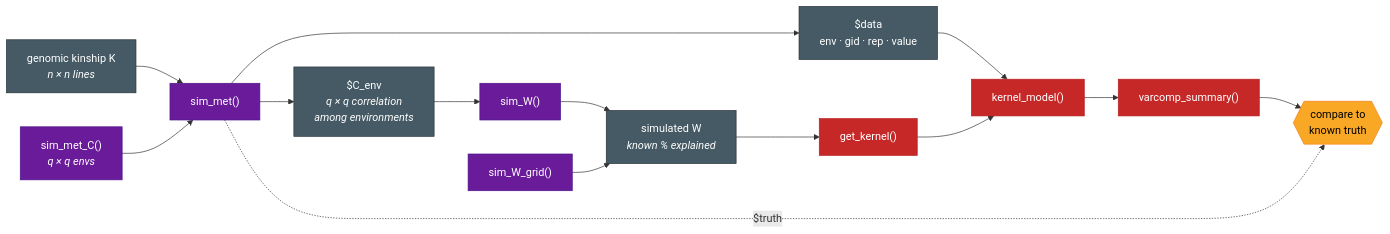
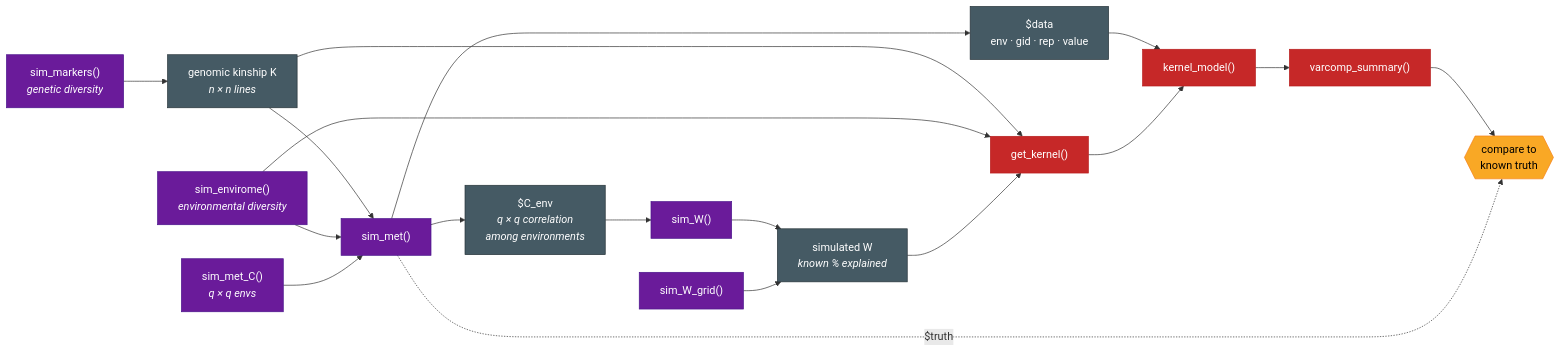
One commit to gcostaneto/EnvRtype changed the fifth of 5 diagrams in README.md. Above: the diagram before and after it, drawn with Mermaid. The commit also changed other lines of this file, not shown here.

Commit message:
edit README to include new functions and flowchart

````diff
--- a/README.md
+++ b/README.md
@@ -295,38 +298,44 @@
 ```mermaid
 flowchart LR
+  SMK["sim_markers()<br/><i>genetic diversity</i>"]
   K["genomic kinship K<br/><i>n × n lines</i>"]
+  SEV["sim_envirome()<br/><i>environmental diversity</i>"]
   SMC["sim_met_C()<br/><i>q × q envs</i>"]
   SM["sim_met()"]
   CE["$C_env<br/><i>q × q correlation<br/>among environments</i>"]
   PH["$data<br/>env · gid · rep · value"]
   SW["sim_W()"]
   SWG["sim_W_grid()"]
   W["simulated W<br/><i>known % explained</i>"]
   GK["get_kernel()"]
   KM["kernel_model()"]
   VCS["varcomp_summary()"]
   CHK{{"compare to<br/>known truth"}}
 
+  SMK --> K
   K --> SM
+  K --> GK
+  SEV --> SM
+  SEV --> GK
   SMC --> SM
   SM --> CE
   SM --> PH
   CE --> SW
   SW --> W
   SWG --> W
   W --> GK
   PH --> KM
   GK --> KM
   KM --> VCS
   VCS --> CHK
   SM -.->|"$truth"| CHK
 
   classDef sim fill:#6a1b9a,stroke:#4a148c,color:#fff
   classDef pred fill:#c62828,stroke:#b71c1c,color:#fff
   classDef data fill:#455a64,stroke:#263238,color:#fff
   classDef chk fill:#f9a825,stroke:#f57f17,color:#000
-  class SM,SW,SWG,SMC sim
+  class SM,SW,SWG,SMC,SMK,SEV sim
   class GK,KM,VCS pred
   class K,CE,PH,W data
   class CHK chk
 ```
````
